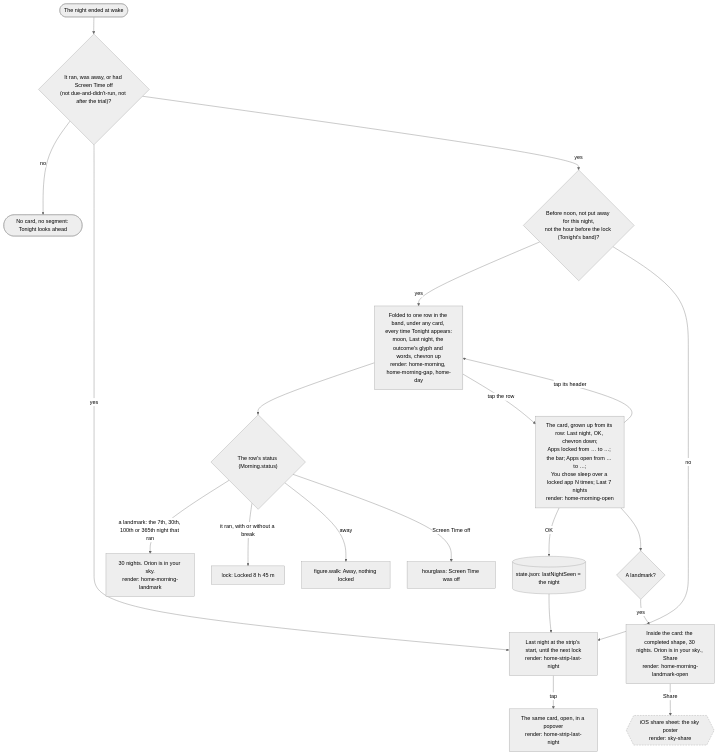
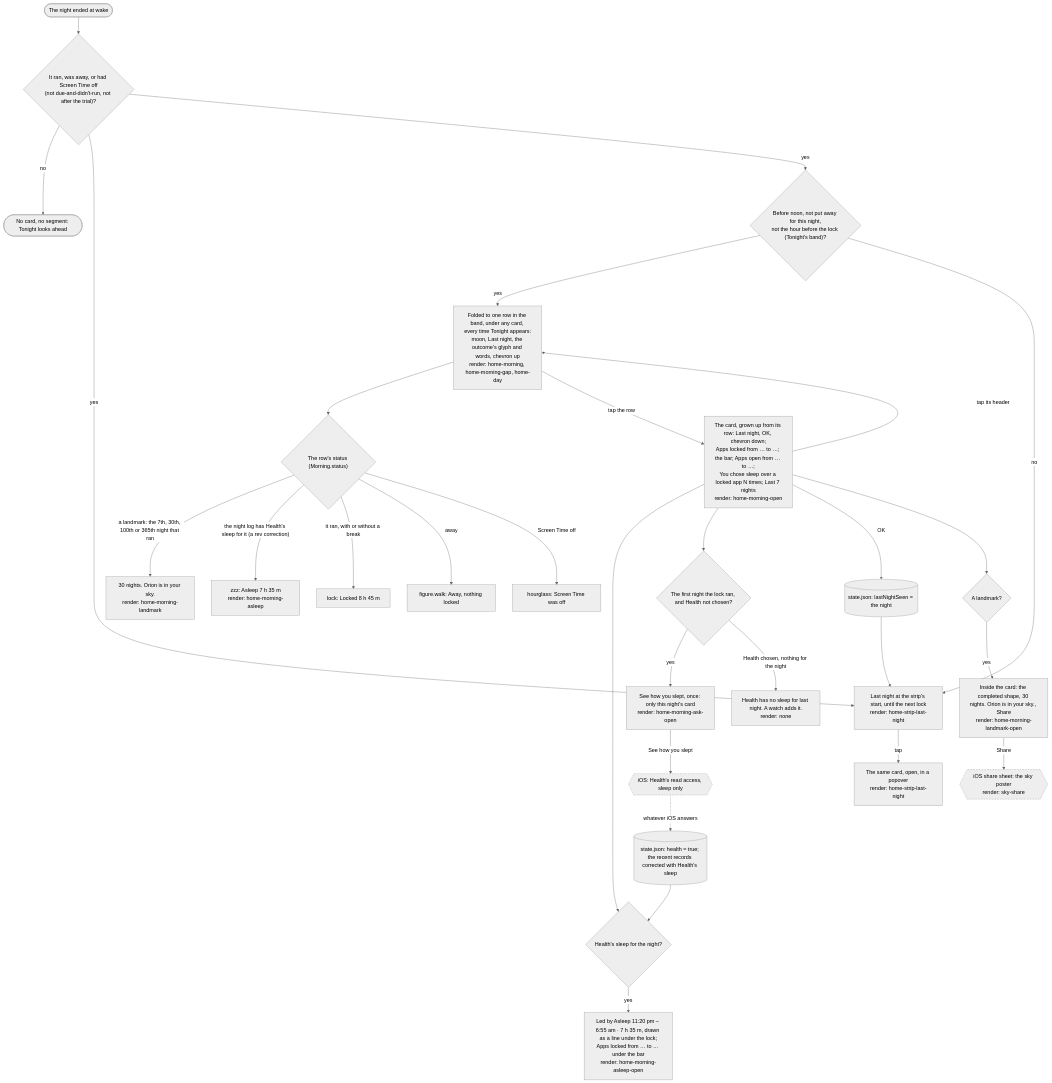
Before and after one commit to adit-rah/toll: the second of 6 diagrams in docs/flows/tonight.md, drawn with Mermaid (neutral theme). The commit also changed 4 other files, not shown here.

First line of the commit message:
Charts and design for the measures and last night's sleep (#88, #86)

````diff
--- a/docs/flows/tonight.md
+++ b/docs/flows/tonight.md
@@ -48,25 +48,34 @@
 ```mermaid
 flowchart TD
   ended(["The night ended at wake"]) --> facts{"It ran, was away, or had Screen Time off<br/>(not due-and-didn't-run, not after the trial)?"}
   facts -->|"no"| none(["No card, no segment: Tonight looks ahead"])
   facts -->|"yes"| strip["Last night at the strip's start, until the next lock<br/>render: home-strip-last-night"]
   facts -->|"yes"| morningCheck{"Before noon, not put away for this night,<br/>not the hour before the lock (Tonight's band)?"}
   morningCheck -->|"yes"| row["Folded to one row in the band, under any card, every time Tonight appears:<br/>moon, Last night, the outcome's glyph and words, chevron up<br/>render: home-morning, home-morning-gap, home-day"]
   morningCheck -->|"no"| strip
   row --> status{"The row's status (Morning.status)"}
   status -->|"a landmark: the 7th, 30th, 100th or 365th night that ran"| statusLandmark["30 nights. Orion is in your sky.<br/>render: home-morning-landmark"]
+  status -->|"the night log has Health's sleep for it (a rev correction)"| statusAsleep["zzz: Asleep 7 h 35 m<br/>render: home-morning-asleep"]
   status -->|"it ran, with or without a break"| statusRan["lock: Locked 8 h 45 m"]
   status -->|"away"| statusAway["figure.walk: Away, nothing locked"]
   status -->|"Screen Time off"| statusOff["hourglass: Screen Time was off"]
   row -->|"tap the row"| card["The card, grown up from its row: Last night, OK, chevron down;<br/>Apps locked from … to …; the bar; Apps open from … to …;<br/>You chose sleep over a locked app N times; Last 7 nights<br/>render: home-morning-open"]
   card -->|"tap its header"| row
+  card --> sleepCheck{"Health's sleep for the night?"}
+  sleepCheck -->|"yes"| asleepCard["Led by Asleep 11:20 pm – 6:55 am · 7 h 35 m, drawn as a line under the lock;<br/>Apps locked from … to … under the bar<br/>render: home-morning-asleep-open"]
+  card --> firstCheck{"The first night the lock ran, and Health not chosen?"}
+  firstCheck -->|"yes"| askHealth["See how you slept, once: only this night's card<br/>render: home-morning-ask-open"]
+  askHealth -->|"See how you slept"| healthSheet{{"iOS: Health's read access, sleep only"}}
+  healthSheet -.->|"whatever iOS answers"| chosen[("state.json: health = true; the recent records corrected with Health's sleep")]
+  chosen --> sleepCheck
+  firstCheck -->|"Health chosen, nothing for the night"| healthEmpty["Health has no sleep for last night. A watch adds it.<br/>render: none"]
   card -->|"OK"| seen[("state.json: lastNightSeen = the night")]
   seen --> strip
   strip -->|"tap"| popover["The same card, open, in a popover<br/>render: home-strip-last-night"]
   card --> landmark{"A landmark?"}
   landmark -->|"yes"| landmarkLine["Inside the card: the completed shape, 30 nights. Orion is in your sky., Share<br/>render: home-morning-landmark-open"]
   landmarkLine -->|"Share"| share{{"iOS share sheet: the sky poster<br/>render: sky-share"}}
 
   classDef system stroke-dasharray: 5 3
-  class share system
+  class share,healthSheet system
 ```
````
